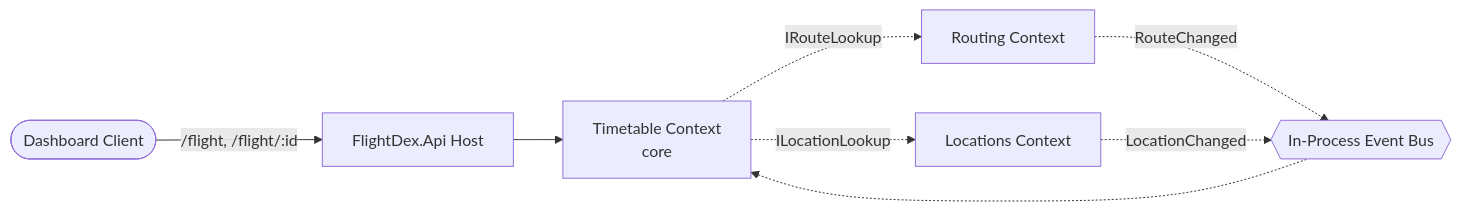
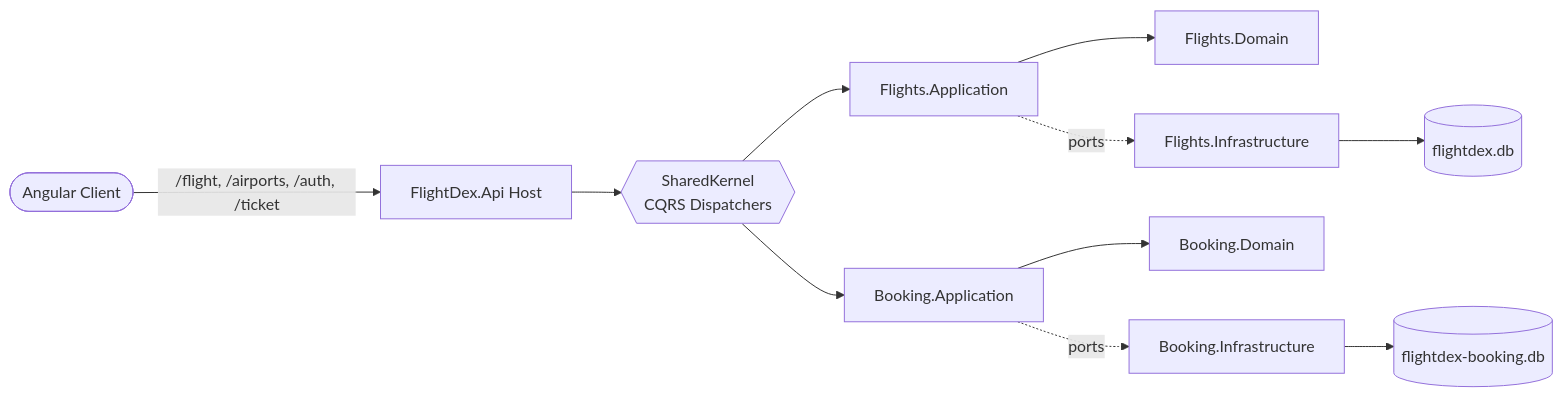
The first of 3 diagrams in Documentation/Design.md (thinkbridge-thinkschool/AryanB-Capstone-FlightDex), drawn with Mermaid before and after one commit. The commit also changed other lines of this file and 23 other files, not shown here.

````diff
--- a/Documentation/Design.md
+++ b/Documentation/Design.md
@@ -37,10 +50,13 @@
 ```mermaid
 flowchart LR
-    Dashboard([Dashboard Client]) -->|/flight, /flight/:id| API[FlightDex.Api Host]
-    API --> TT[Timetable Context\n core]
-    TT -.IRouteLookup.-> RT[Routing Context]
-    TT -.ILocationLookup.-> LOC[Locations Context]
-    RT -.RouteChanged.-> BUS{{In-Process Event Bus}}
-    LOC -.LocationChanged.-> BUS
-    BUS -.-> TT
+    UI([Angular Client]) -->|/flight, /airports, /auth, /ticket| API[FlightDex.Api Host]
+    API --> SK{{SharedKernel\nCQRS Dispatchers}}
+    SK --> FA[Flights.Application]
+    SK --> BA[Booking.Application]
+    FA --> FD[Flights.Domain]
+    BA --> BD[Booking.Domain]
+    FA -.ports.-> FI[Flights.Infrastructure]
+    BA -.ports.-> BI[Booking.Infrastructure]
+    FI --> FDB[(flightdex.db)]
+    BI --> BDB[(flightdex-booking.db)]
 ```
````
